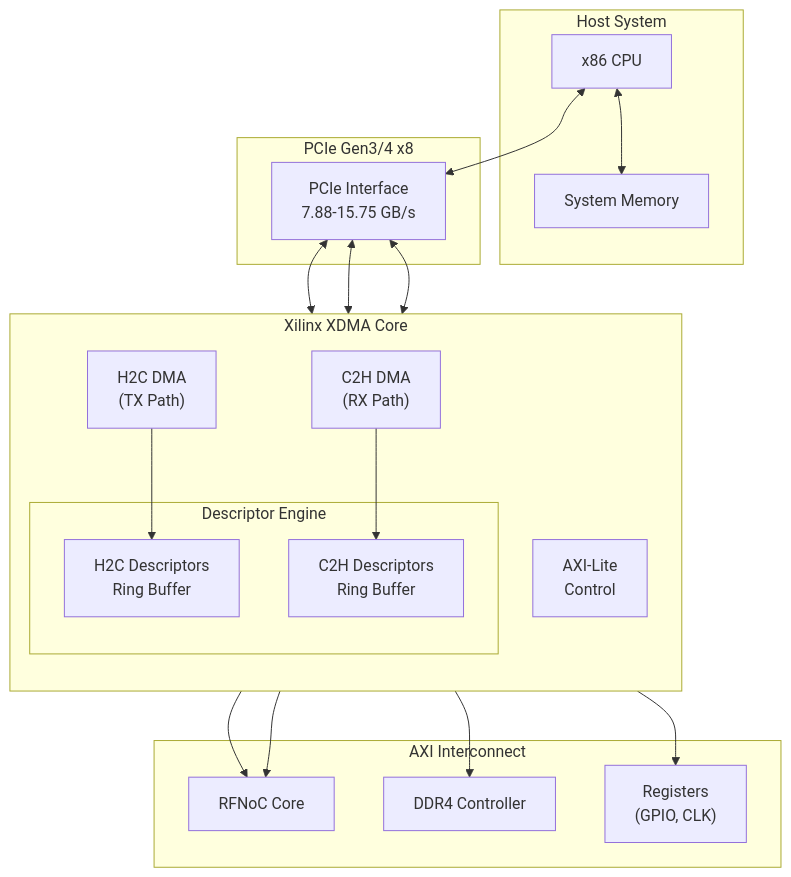
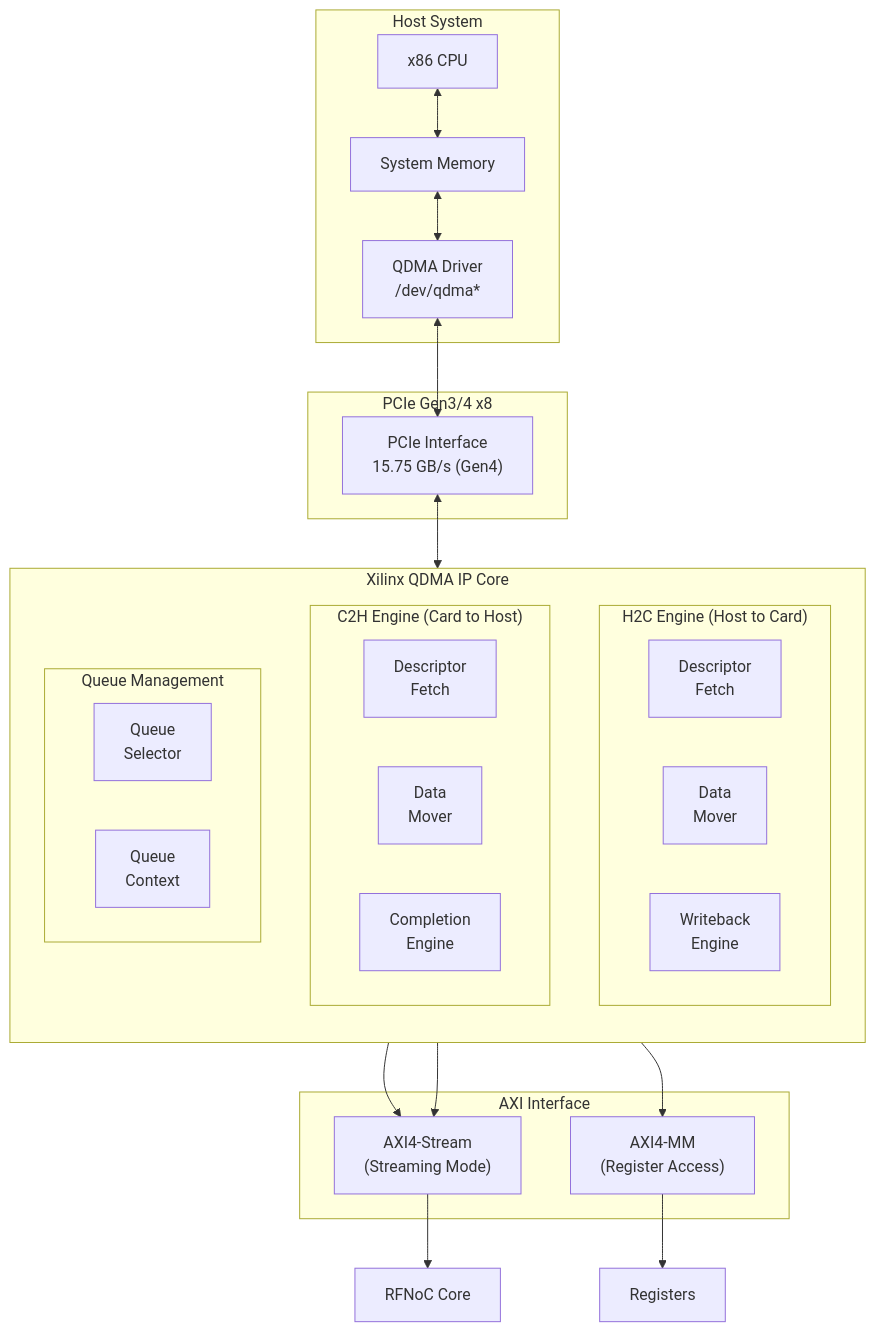
The sixth of 19 diagrams in docs/sdr_board_project_plan.md (EttusResearch/uhd), drawn with Mermaid before and after one commit. The commit also changed other lines of this file, not shown here.

First line of the commit message:
docs: Update SDR board plan with QDMA, ZU19EG, and revised schedule

````diff
--- a/docs/sdr_board_project_plan.md
+++ b/docs/sdr_board_project_plan.md
@@ -228,43 +306,49 @@
 ```mermaid
 flowchart TB
     subgraph HOST["Host System"]
         CPU["x86 CPU"]
         MEM["System Memory"]
+        QDMA_DRV["QDMA Driver<br/>/dev/qdma*"]
         CPU <--> MEM
+        MEM <--> QDMA_DRV
     end
 
     subgraph PCIE["PCIe Gen3/4 x8"]
-        PCIE_IF["PCIe Interface<br/>7.88-15.75 GB/s"]
+        PCIE_IF["PCIe Interface<br/>15.75 GB/s (Gen4)"]
     end
 
-    subgraph XDMA["Xilinx XDMA Core"]
+    subgraph QDMA_IP["Xilinx QDMA IP Core"]
         direction TB
-        H2C["H2C DMA<br/>(TX Path)"]
-        C2H["C2H DMA<br/>(RX Path)"]
-        AXI_LITE["AXI-Lite<br/>Control"]
 
-        subgraph DESC["Descriptor Engine"]
-            H2C_DESC["H2C Descriptors<br/>Ring Buffer"]
-            C2H_DESC["C2H Descriptors<br/>Ring Buffer"]
+        subgraph H2C["H2C Engine (Host to Card)"]
+            H2C_DESC["Descriptor<br/>Fetch"]
+            H2C_DATA["Data<br/>Mover"]
+            H2C_WB["Writeback<br/>Engine"]
+        end
+
+        subgraph C2H["C2H Engine (Card to Host)"]
+            C2H_DESC["Descriptor<br/>Fetch"]
+            C2H_DATA["Data<br/>Mover"]
+            C2H_CMPL["Completion<br/>Engine"]
+        end
+
+        subgraph QUEUES["Queue Management"]
+            Q_SEL["Queue<br/>Selector"]
+            Q_CTX["Queue<br/>Context"]
         end
     end
 
-    subgraph AXI["AXI Interconnect"]
-        RFNOC_CORE["RFNoC Core"]
-        DDR4["DDR4 Controller"]
-        REGS["Registers<br/>(GPIO, CLK)"]
+    subgraph AXI["AXI Interface"]
+        AXI_ST["AXI4-Stream<br/>(Streaming Mode)"]
+        AXI_MM["AXI4-MM<br/>(Register Access)"]
     end
 
-    CPU <--> PCIE_IF
-    PCIE_IF <--> H2C
-    PCIE_IF <--> C2H
-    PCIE_IF <--> AXI_LITE
+    QDMA_DRV <--> PCIE_IF
+    PCIE_IF <--> QDMA_IP
+    H2C --> AXI_ST
+    C2H --> AXI_ST
+    QUEUES --> AXI_MM
 
-    H2C --> H2C_DESC
-    C2H --> C2H_DESC
-
-    H2C --> RFNOC_CORE
-    C2H --> RFNOC_CORE
-    AXI_LITE --> DDR4
-    AXI_LITE --> REGS
+    AXI_ST --> RFNOC["RFNoC Core"]
+    AXI_MM --> REGS["Registers"]
 ```
````
